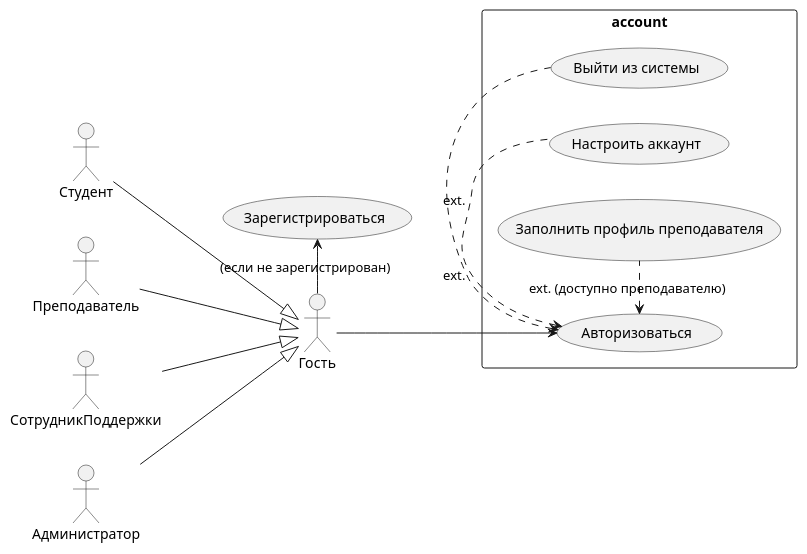
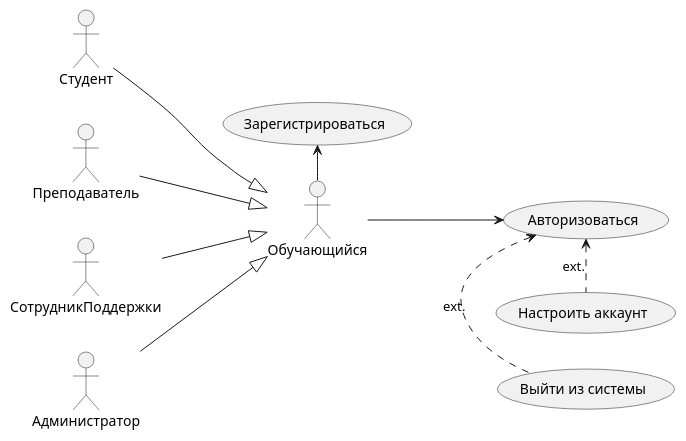
One commit to karpoftea/mts-kata-2023 changed the first of 3 diagrams in docs/requirements/requirements.md. Above: the diagram before and after it, drawn with PlantUML. The commit also changed other lines of this file and 18 other files, not shown here.

````diff
--- a/docs/requirements/requirements.md
+++ b/docs/requirements/requirements.md
@@ -72,33 +72,33 @@
 ```plantuml
 @startuml
 
 left to right direction
 
 actor "Гость" as guest
+
 actor "Студент" as student
 actor "Преподаватель" as teacher
 actor "СотрудникПоддержки" as support
 actor "Администратор" as admin
+
+actor "Обучающийся" as guest
 
 student --|> guest
 teacher --|> guest
 support --|> guest
 admin --|> guest
 
+actor "Обучающийся" as guest
+
 usecase "Зарегистрироваться" as UC11
+usecase "Авторизоваться" as UC12
+usecase "Выйти из системы" as UC13
+usecase "Настроить аккаунт" as UC14
 
-rectangle account {
-  usecase "Авторизоваться" as UC12
-  usecase "Выйти из системы" as UC13
-  usecase "Настроить аккаунт" as UC14
-  usecase "Заполнить профиль преподавателя" as UC15
-}
-
-guest -left-> UC11 : (если не зарегистрирован)
+guest -left-> UC11
 guest --> UC12
 UC12 <. UC13 : ext.
 UC12 <. UC14 : ext.
-UC12 <. UC15 : ext. (доступно преподавателю)
 
 @enduml
 ```
````
